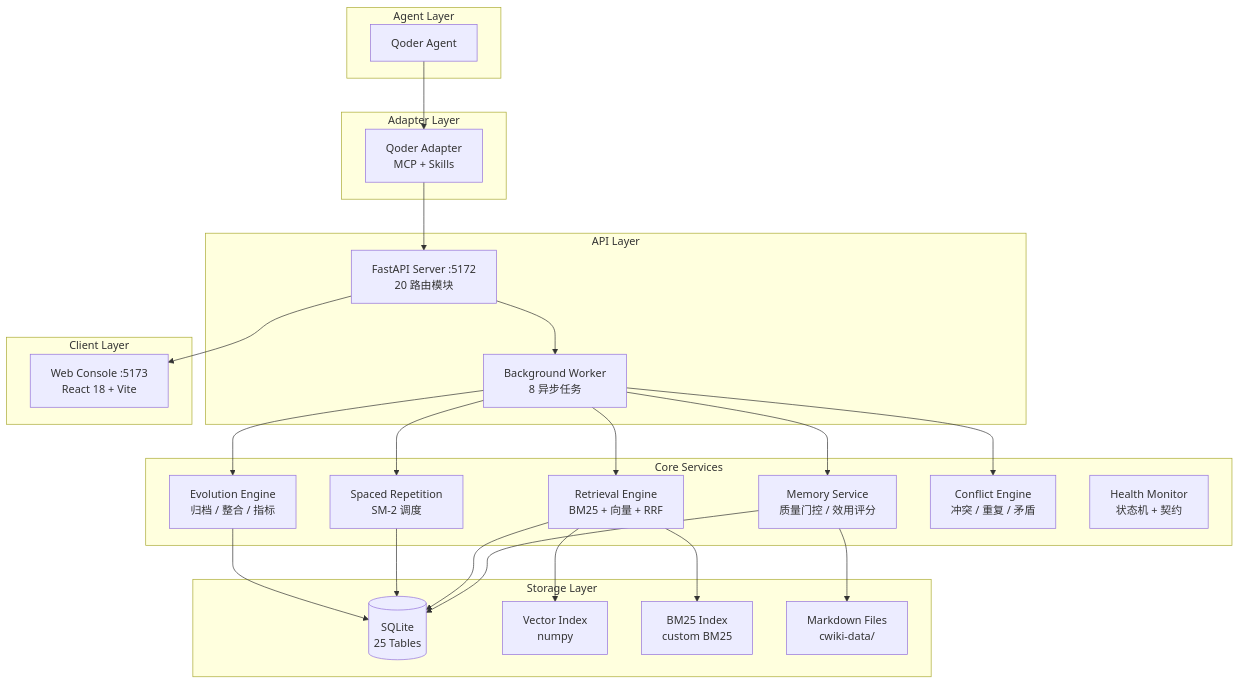
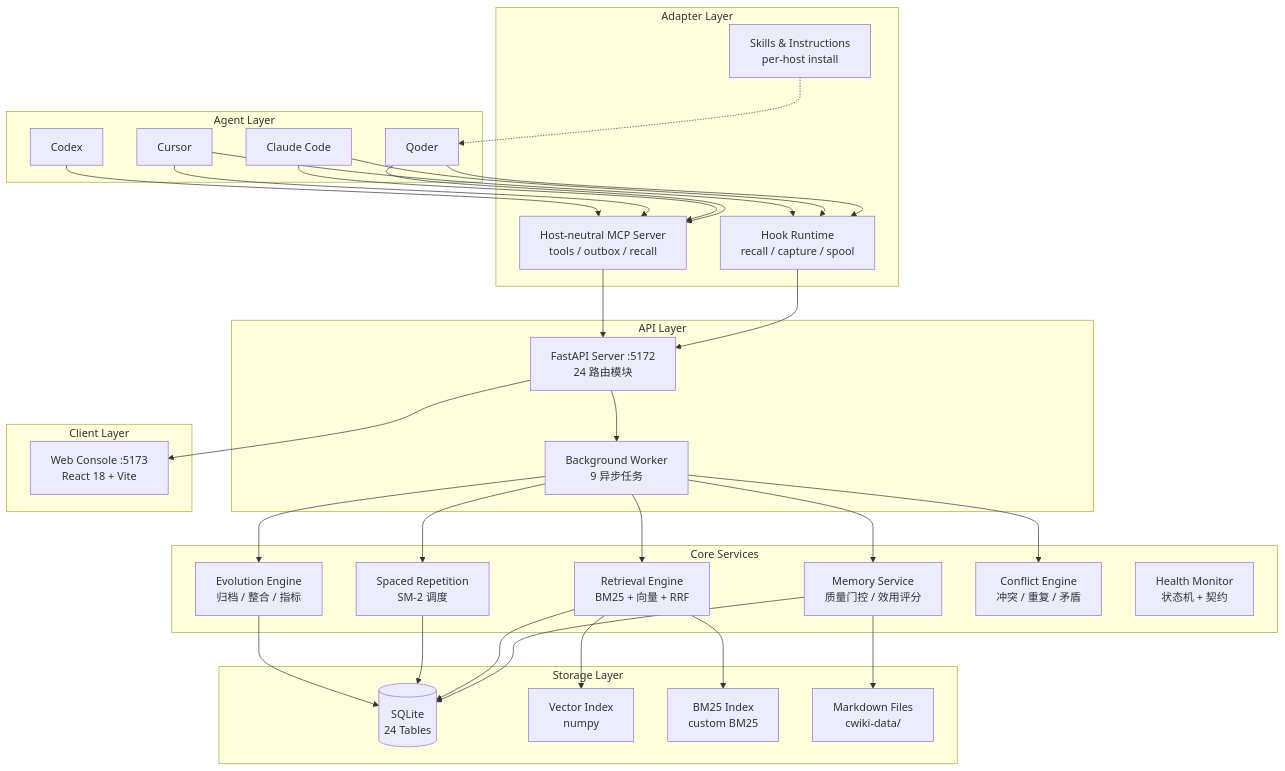
One commit to Chance-Wu/cwiki changed the diagram in README.md. Above: the diagram before and after it, drawn with Mermaid. The commit also changed other lines of this file and 227 other files, not shown here.

````diff
--- a/README.md
+++ b/README.md
@@ -56,56 +56,68 @@
 ```mermaid
 graph TB
     subgraph "Agent Layer"
-        Qoder[Qoder Agent]
+        Qoder[Qoder]
+        Claude[Claude Code]
+        Cursor[Cursor]
+        Codex[Codex]
     end
 
     subgraph "Adapter Layer"
-        QAdapter[Qoder Adapter<br/>MCP + Skills]
+        MCP[Host-neutral MCP Server<br/>tools / outbox / recall]
+        Hooks[Hook Runtime<br/>recall / capture / spool]
+        Skills[Skills & Instructions<br/>per-host install]
     end
 
     subgraph "API Layer"
-        API[FastAPI Server :5172<br/>20 路由模块]
-        Worker[Background Worker<br/>8 异步任务]
+        API[FastAPI Server :5172<br/>24 路由模块]
+        Worker[Background Worker<br/>9 异步任务]
     end
 
     subgraph "Core Services"
         Memory[Memory Service<br/>质量门控 / 效用评分]
         Retrieval[Retrieval Engine<br/>BM25 + 向量 + RRF]
         Spaced[Spaced Repetition<br/>SM-2 调度]
         Evolution[Evolution Engine<br/>归档 / 整合 / 指标]
         Conflict[Conflict Engine<br/>冲突 / 重复 / 矛盾]
         Health[Health Monitor<br/>状态机 + 契约]
     end
 
     subgraph "Storage Layer"
-        DB[(SQLite<br/>25 Tables)]
+        DB[(SQLite<br/>24 Tables)]
         Vector[Vector Index<br/>numpy]
         BM25[BM25 Index<br/>custom BM25]
         Files[Markdown Files<br/>cwiki-data/]
     end
 
     subgraph "Client Layer"
         WebUI[Web Console :5173<br/>React 18 + Vite]
     end
 
-    Qoder --> QAdapter
-
-    QAdapter --> API
+    Qoder --> MCP
+    Claude --> MCP
+    Cursor --> MCP
+    Codex --> MCP
+    Qoder --> Hooks
+    Claude --> Hooks
+    Cursor --> Hooks
+    Hooks --> API
+    MCP --> API
+    Skills -.-> Qoder
 
     API --> Worker
     Worker --> Memory
     Worker --> Retrieval
     Worker --> Spaced
     Worker --> Evolution
     Worker --> Conflict
 
     Memory --> DB
     Memory --> Files
     Retrieval --> Vector
     Retrieval --> BM25
     Retrieval --> DB
     Spaced --> DB
     Evolution --> DB
 
     API --> WebUI
 ```
````
